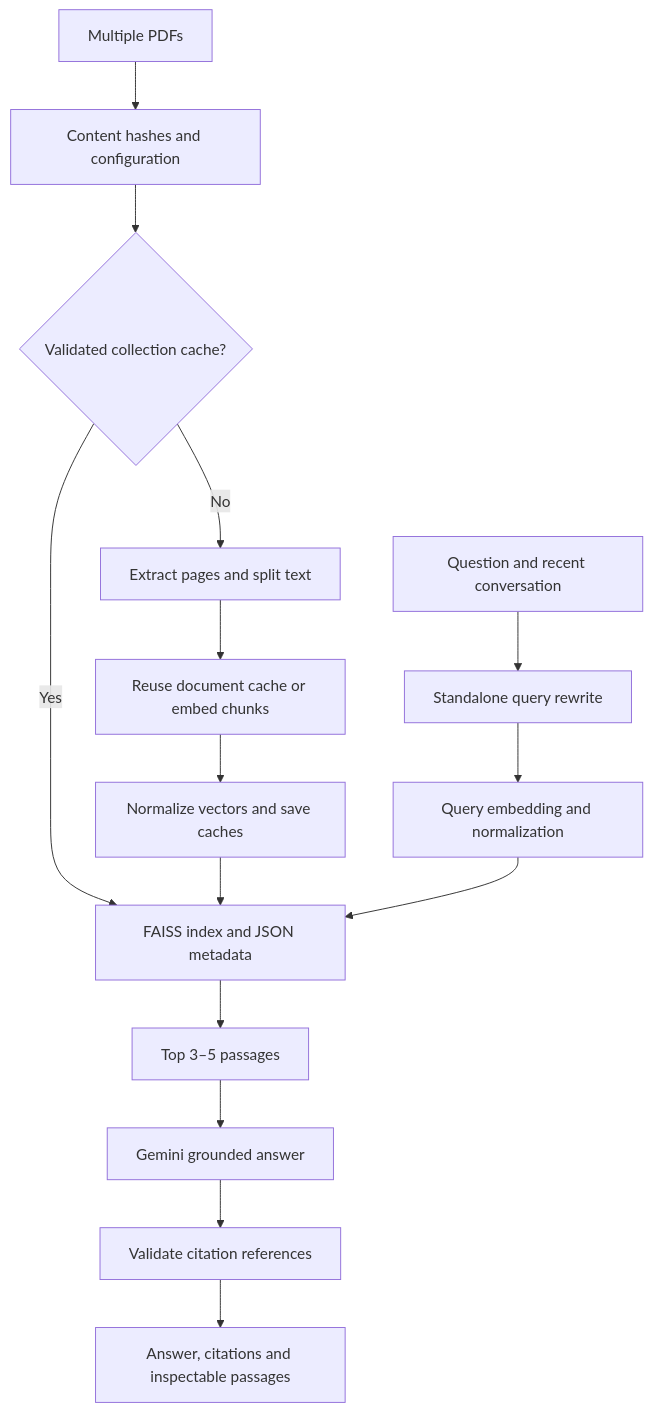
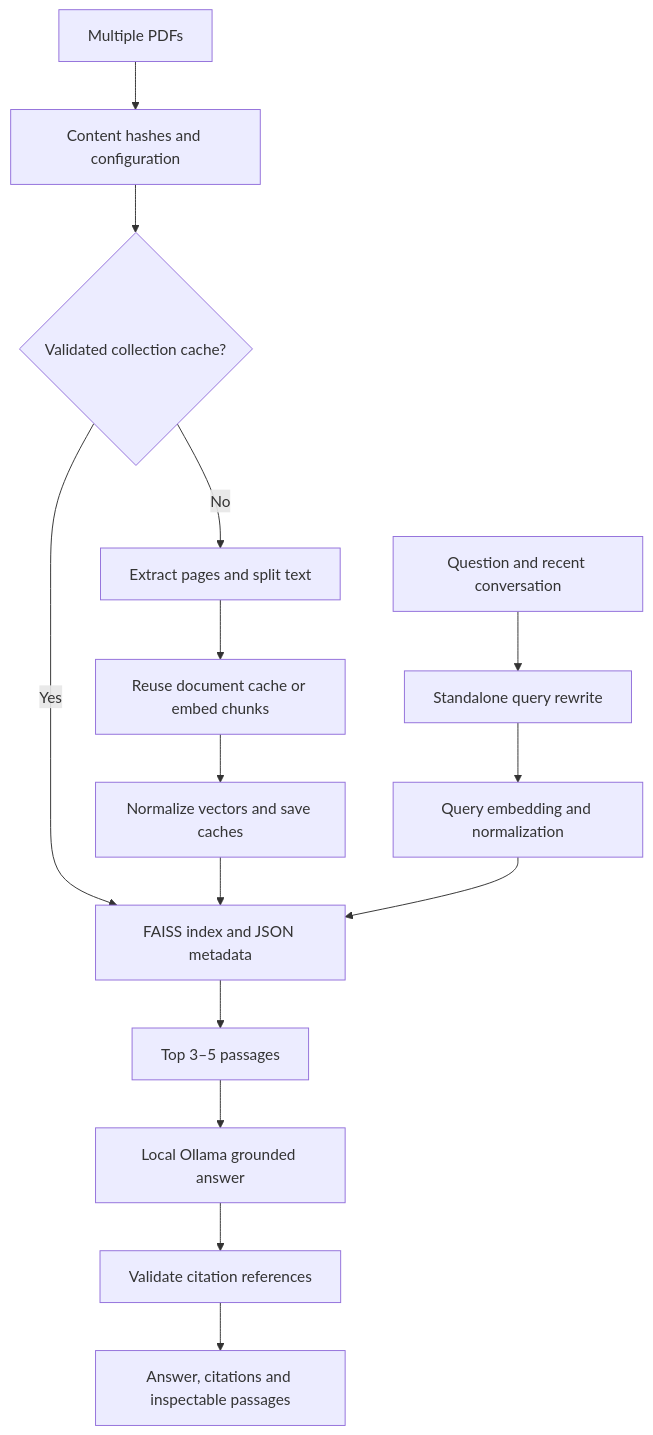
One commit to Osamahfm/MIni-RAG changed the diagram in README.md. Above: the diagram before and after it, drawn with Mermaid. The commit also changed other lines of this file and 11 other files, not shown here.

Commit message:
change from Gemini to local model

````diff
--- a/README.md
+++ b/README.md
@@ -38,17 +47,17 @@
 ```mermaid
 flowchart TD
     A[Multiple PDFs] --> B[Content hashes and configuration]
     B --> C{Validated collection cache?}
     C -->|Yes| G[FAISS index and JSON metadata]
     C -->|No| D[Extract pages and split text]
     D --> E[Reuse document cache or embed chunks]
     E --> F[Normalize vectors and save caches]
     F --> G
     Q[Question and recent conversation] --> R[Standalone query rewrite]
     R --> S[Query embedding and normalization]
     S --> G
     G --> T[Top 3–5 passages]
-    T --> U[Gemini grounded answer]
+    T --> U[Local Ollama grounded answer]
     U --> V[Validate citation references]
     V --> W[Answer, citations and inspectable passages]
 ```
````
